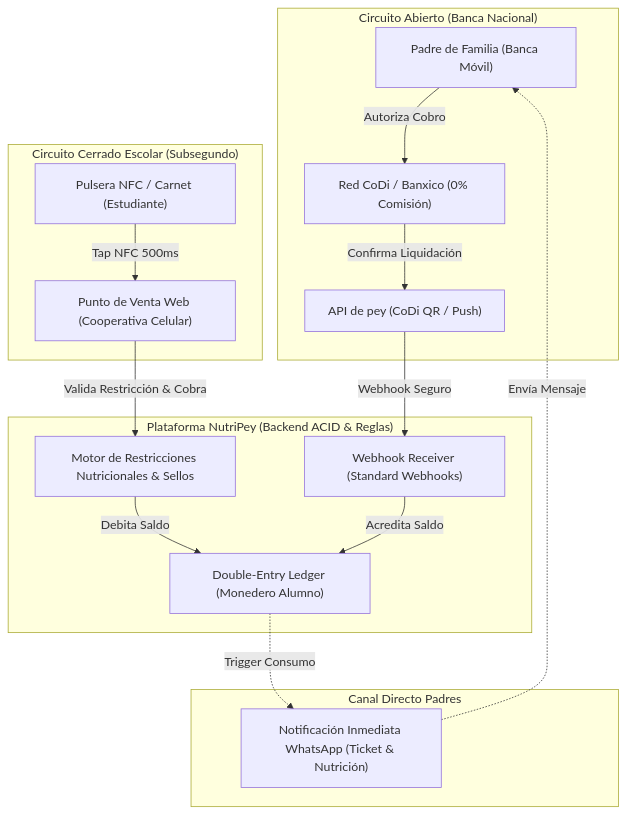
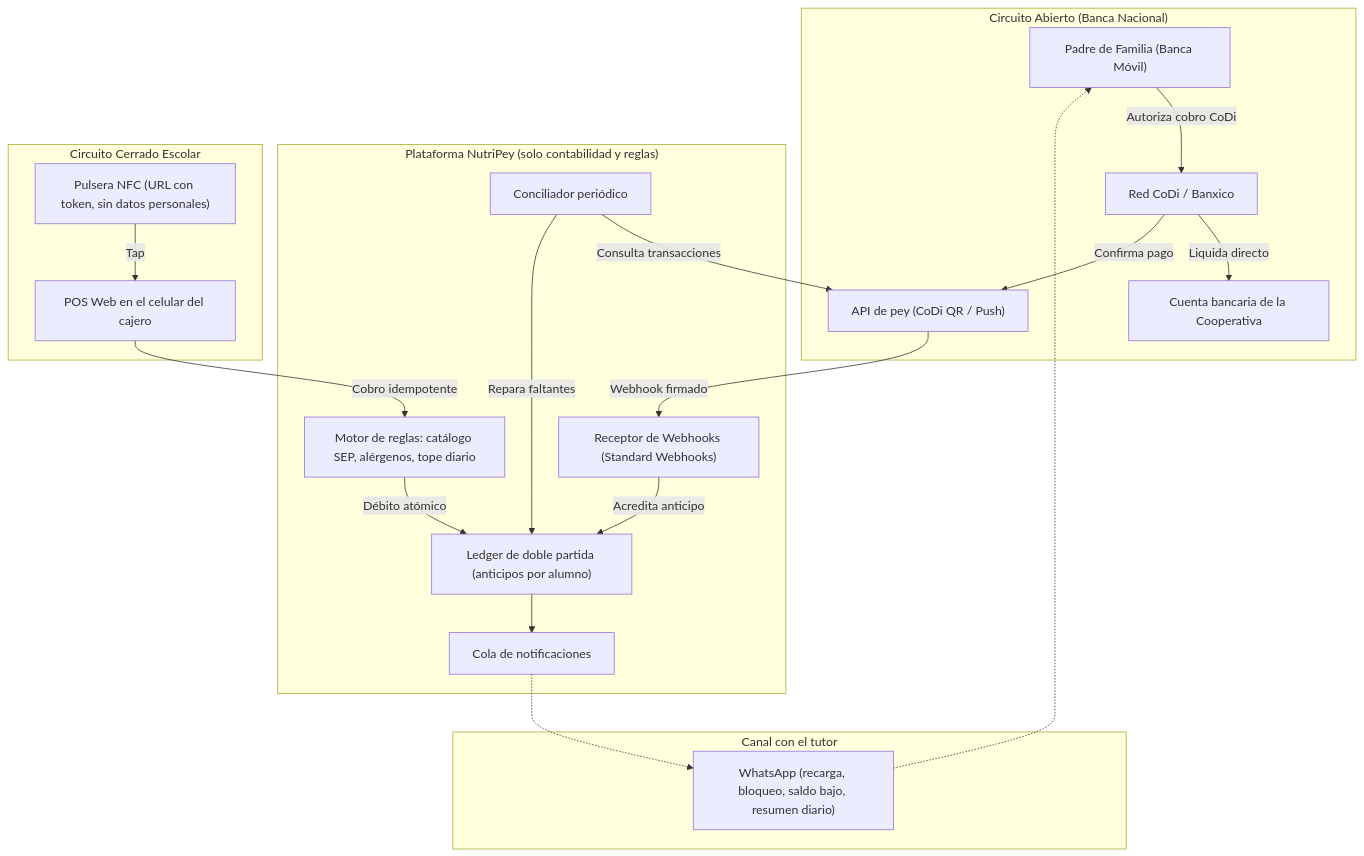
The diagram in README.md (rslnt1270/NutriPey_Hackathon_CDMX_2026), drawn with Mermaid before and after one commit. The commit also changed other lines of this file and 20 other files, not shown here.

````diff
--- a/README.md
+++ b/README.md
@@ -21,32 +23,39 @@
 ```mermaid
 flowchart TD
     subgraph CircuitoAbierto ["Circuito Abierto (Banca Nacional)"]
         Padre["Padre de Familia (Banca Móvil)"]
+        Banxico["Red CoDi / Banxico"]
         PeyAPI["API de pey (CoDi QR / Push)"]
-        Banxico["Red CoDi / Banxico (0% Comisión)"]
-        Padre -->|Autoriza Cobro| Banxico
-        Banxico -->|Confirma Liquidación| PeyAPI
+        CuentaCoop["Cuenta bancaria de la Cooperativa"]
+        Padre -->|Autoriza cobro CoDi| Banxico
+        Banxico -->|Liquida directo| CuentaCoop
+        Banxico -->|Confirma pago| PeyAPI
     end
 
-    subgraph CorePlataforma ["Plataforma NutriPey (Backend ACID & Reglas)"]
-        WebhookHandler["Webhook Receiver (Standard Webhooks)"]
-        Ledger["Double-Entry Ledger (Monedero Alumno)"]
-        RuleEngine["Motor de Restricciones Nutricionales & Sellos"]
-        PeyAPI -->|Webhook Seguro| WebhookHandler
-        WebhookHandler -->|Acredita Saldo| Ledger
+    subgraph CorePlataforma ["Plataforma NutriPey (solo contabilidad y reglas)"]
+        WebhookHandler["Receptor de Webhooks (Standard Webhooks)"]
+        Conciliador["Conciliador periódico"]
+        Ledger["Ledger de doble partida (anticipos por alumno)"]
+        RuleEngine["Motor de reglas: catálogo SEP, alérgenos, tope diario"]
+        Outbox["Cola de notificaciones"]
+        PeyAPI -->|Webhook firmado| WebhookHandler
+        Conciliador -->|Consulta transacciones| PeyAPI
+        WebhookHandler -->|Acredita anticipo| Ledger
+        Conciliador -->|Repara faltantes| Ledger
+        Ledger --> Outbox
     end
 
-    subgraph CircuitoCerrado ["Circuito Cerrado Escolar (Subsegundo)"]
-        Pulsera["Pulsera NFC / Carnet (Estudiante)"]
-        POS["Punto de Venta Web (Cooperativa Celular)"]
-        Pulsera -->|Tap NFC 500ms| POS
-        POS -->|Valida Restricción & Cobra| RuleEngine
-        RuleEngine -->|Debita Saldo| Ledger
+    subgraph CircuitoCerrado ["Circuito Cerrado Escolar"]
+        Pulsera["Pulsera NFC (URL con token, sin datos personales)"]
+        POS["POS Web en el celular del cajero"]
+        Pulsera -->|Tap| POS
+        POS -->|Cobro idempotente| RuleEngine
+        RuleEngine -->|Débito atómico| Ledger
     end
 
-    subgraph Notificaciones ["Canal Directo Padres"]
-        WhatsApp["Notificación Inmediata WhatsApp (Ticket & Nutrición)"]
-        Ledger -.->|Trigger Consumo| WhatsApp
-        WhatsApp -.->|Envía Mensaje| Padre
+    subgraph Notificaciones ["Canal con el tutor"]
+        WhatsApp["WhatsApp (recarga, bloqueo, saldo bajo, resumen diario)"]
+        Outbox -.-> WhatsApp
+        WhatsApp -.-> Padre
     end
 ```
````
